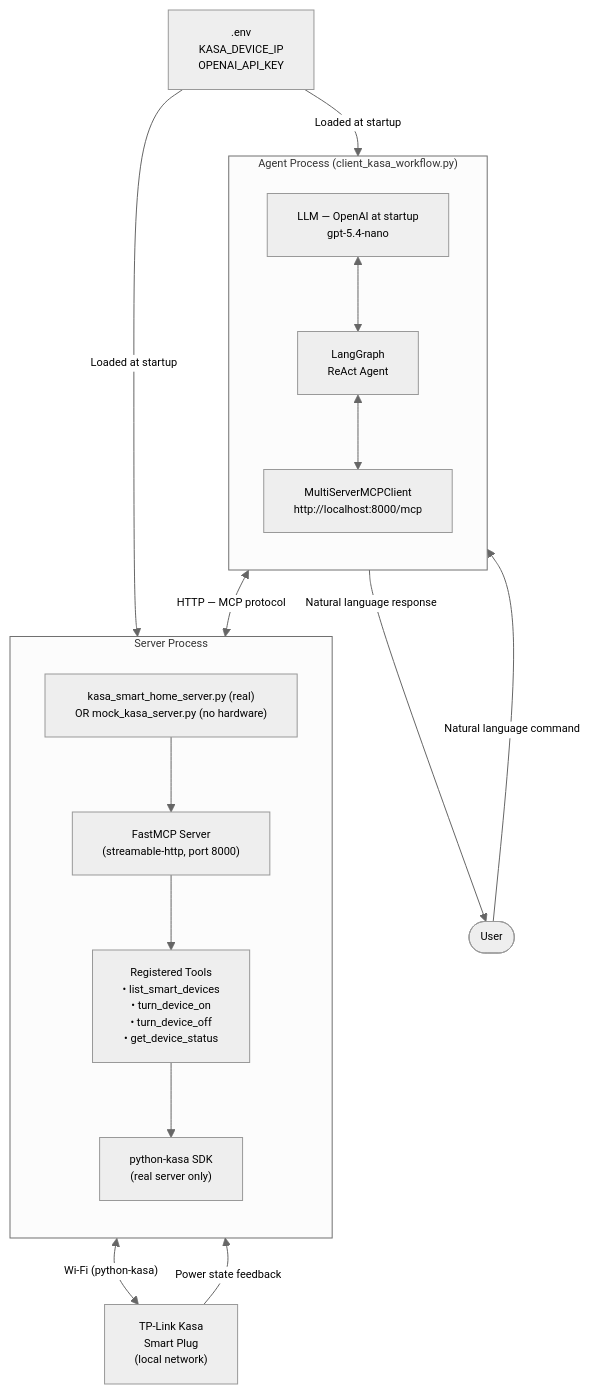
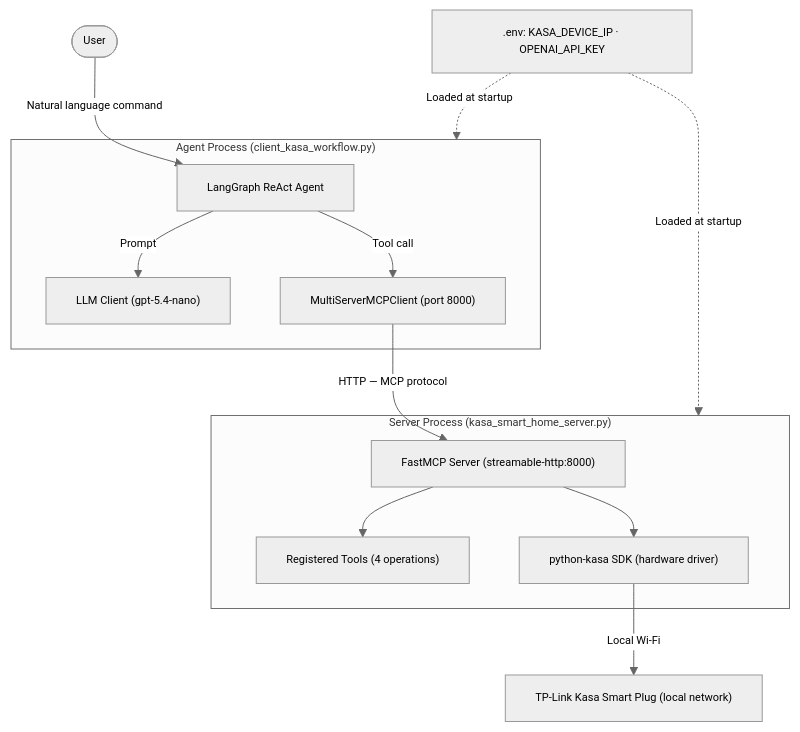
One commit to the-write-path-code/ch08-model-context-protocol changed the sixth of 8 diagrams in workflow/workflow.md. Above: the diagram before and after it, drawn with Mermaid. The commit also changed other lines of this file, not shown here.

Commit message:
docs: sync optimized production-ready Mermaid diagrams for MCP boundary and architecture

````diff
--- a/workflow/workflow.md
+++ b/workflow/workflow.md
@@ -190,37 +187,24 @@
 ```mermaid
 %%{init: {"theme": "neutral", "themeVariables": {"fontFamily": "Arial, Helvetica, sans-serif", "fontSize": "11px", "actorFontSize": "11px", "noteFontSize": "10px", "messageFontSize": "10px"}}}%%
 flowchart TD
-    U(["User"])
+    U(["User"]) -->|"Natural language command"| REACT["LangGraph ReAct Agent"]
 
     subgraph AGENT_SIDE ["Agent Process (client_kasa_workflow.py)"]
-        direction TB
-        LLM["LLM — OpenAI at startup\ngpt-5.4-nano"]
-        REACT["LangGraph\nReAct Agent"]
-        MCPC["MultiServerMCPClient\nhttp://localhost:8000/mcp"]
-        LLM <--> REACT
-        REACT <--> MCPC
+        REACT -->|"Prompt"| LLM["LLM Client (gpt-5.4-nano)"]
+        REACT -->|"Tool call"| MCPC["MultiServerMCPClient (port 8000)"]
     end
 
-    subgraph SERVER_SIDE ["Server Process"]
-        direction TB
-        SRVLABEL["kasa_smart_home_server.py (real)\nOR mock_kasa_server.py (no hardware)"]
-        FASTMCP["FastMCP Server\n(streamable-http, port 8000)"]
-        TOOLS["Registered Tools\n• list_smart_devices\n• turn_device_on\n• turn_device_off\n• get_device_status"]
-        KASA_SDK["python-kasa SDK\n(real server only)"]
-        SRVLABEL --> FASTMCP
-        FASTMCP --> TOOLS
-        TOOLS --> KASA_SDK
+    subgraph SERVER_SIDE ["Server Process (kasa_smart_home_server.py)"]
+        FASTMCP["FastMCP Server (streamable-http:8000)"]
+        FASTMCP --> TOOLS["Registered Tools (4 operations)"]
+        FASTMCP --> KASA_SDK["python-kasa SDK (hardware driver)"]
     end
 
-    PLUG["TP-Link Kasa\nSmart Plug\n(local network)"]
-    ENV[".env\nKASA_DEVICE_IP\nOPENAI_API_KEY"]
+    PLUG["TP-Link Kasa Smart Plug (local network)"]
+    ENV[".env: KASA_DEVICE_IP · OPENAI_API_KEY"]
 
-    U -->|"Natural language command"| REACT
-    MCPC <-->|"HTTP — MCP protocol"| FASTMCP
-    KASA_SDK <-->|"Wi-Fi (python-kasa)"| PLUG
-    PLUG -->|"Power state feedback"| KASA_SDK
-    ENV -->|"Loaded at startup"| FASTMCP
-    ENV -->|"Loaded at startup"| MCPC
-    REACT -->|"Natural language response"| U
-
+    MCPC -->|"HTTP — MCP protocol"| FASTMCP
+    KASA_SDK -->|"Local Wi-Fi"| PLUG
+    ENV -.->|"Loaded at startup"| AGENT_SIDE
+    ENV -.->|"Loaded at startup"| SERVER_SIDE
 ```
````
